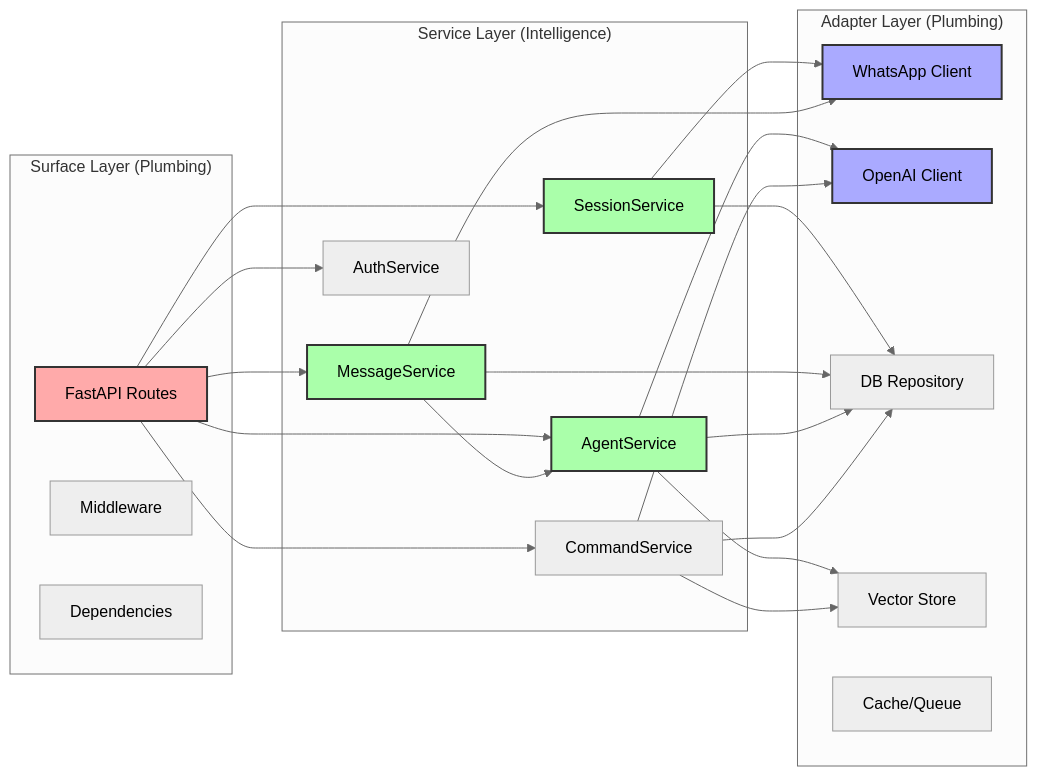
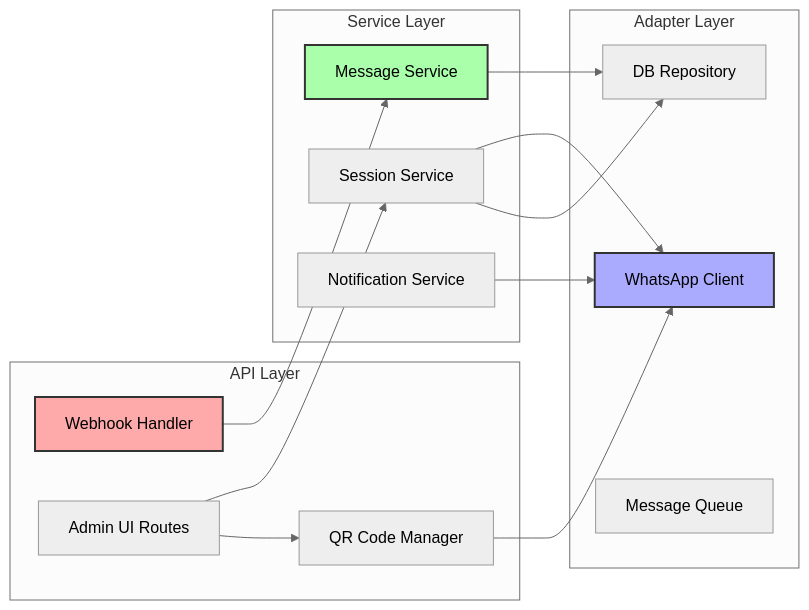
Before and after one commit to tonylampada/zapa: the second of 11 diagrams in architecture.md, drawn with Mermaid (neutral theme). The commit also changed other lines of this file, not shown here.

First line of the commit message:
Revise architecture for dual FastAPI services design

````diff
--- a/architecture.md
+++ b/architecture.md
@@ -63,52 +62,34 @@
 ```mermaid
 graph LR
-    subgraph "Surface Layer (Plumbing)"
-        RT[FastAPI Routes]
-        MW[Middleware]
-        DEP[Dependencies]
+    subgraph "API Layer"
+        WH[Webhook Handler]
+        ADM[Admin UI Routes]
+        QR[QR Code Manager]
     end
     
-    subgraph "Service Layer (Intelligence)"
-        SS[SessionService]
-        MS[MessageService]
-        AS[AgentService]
-        CS[CommandService]
-        AUS[AuthService]
+    subgraph "Service Layer"
+        MS[Message Service]
+        SS[Session Service]
+        NS[Notification Service]
     end
     
-    subgraph "Adapter Layer (Plumbing)"
+    subgraph "Adapter Layer"
         WC[WhatsApp Client]
-        OC[OpenAI Client]
         DR[DB Repository]
-        VS[Vector Store]
-        CQ[Cache/Queue]
+        MQ[Message Queue]
     end
     
-    RT --> SS
-    RT --> MS
-    RT --> AS
-    RT --> CS
-    RT --> AUS
+    WH --> MS
+    ADM --> SS
+    ADM --> QR
+    QR --> WC
     
+    MS --> DR
     SS --> WC
     SS --> DR
+    NS --> WC
     
-    MS --> AS
-    MS --> DR
-    MS --> WC
-    
-    AS --> OC
-    AS --> DR
-    AS --> VS
-    
-    CS --> OC
-    CS --> DR
-    CS --> VS
-    
-    style RT fill:#faa,stroke:#333,stroke-width:2px
-    style SS fill:#afa,stroke:#333,stroke-width:2px
+    style WH fill:#faa,stroke:#333,stroke-width:2px
     style MS fill:#afa,stroke:#333,stroke-width:2px
-    style AS fill:#afa,stroke:#333,stroke-width:2px
     style WC fill:#aaf,stroke:#333,stroke-width:2px
-    style OC fill:#aaf,stroke:#333,stroke-width:2px
 ```
````
